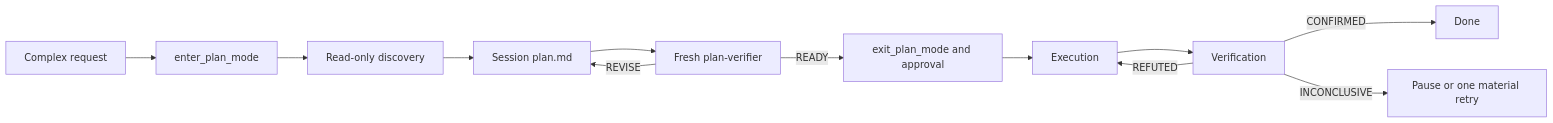
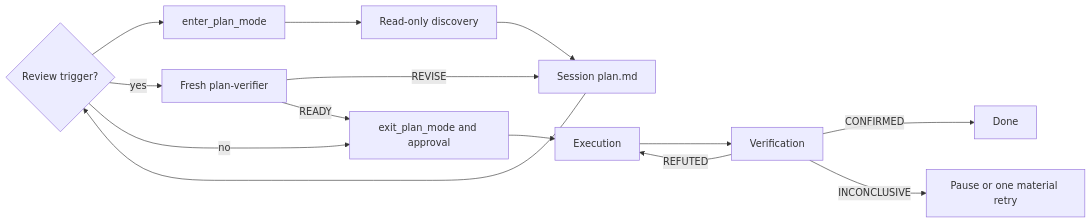
The third of 3 diagrams in README.md (Nanako0129/pilotfish-grok), drawn with Mermaid before and after one commit. The commit also changed other lines of this file and 6 other files, not shown here.

````diff
--- a/README.md
+++ b/README.md
@@ -142,14 +146,16 @@
 ```mermaid
 flowchart LR
     R[Complex request] --> N[enter_plan_mode]
     N --> D[Read-only discovery]
     D --> P[Session plan.md]
-    P --> PV[Fresh plan-verifier]
+    P --> R{Review trigger?}
+    R -->|yes| PV[Fresh plan-verifier]
+    R -->|no| A
     PV -->|REVISE| P
     PV -->|READY| A[exit_plan_mode and approval]
     A --> E[Execution]
     E --> V[Verification]
     V -->|REFUTED| E
     V -->|CONFIRMED| Done[Done]
     V -->|INCONCLUSIVE| Pause[Pause or one material retry]
 ```
````
